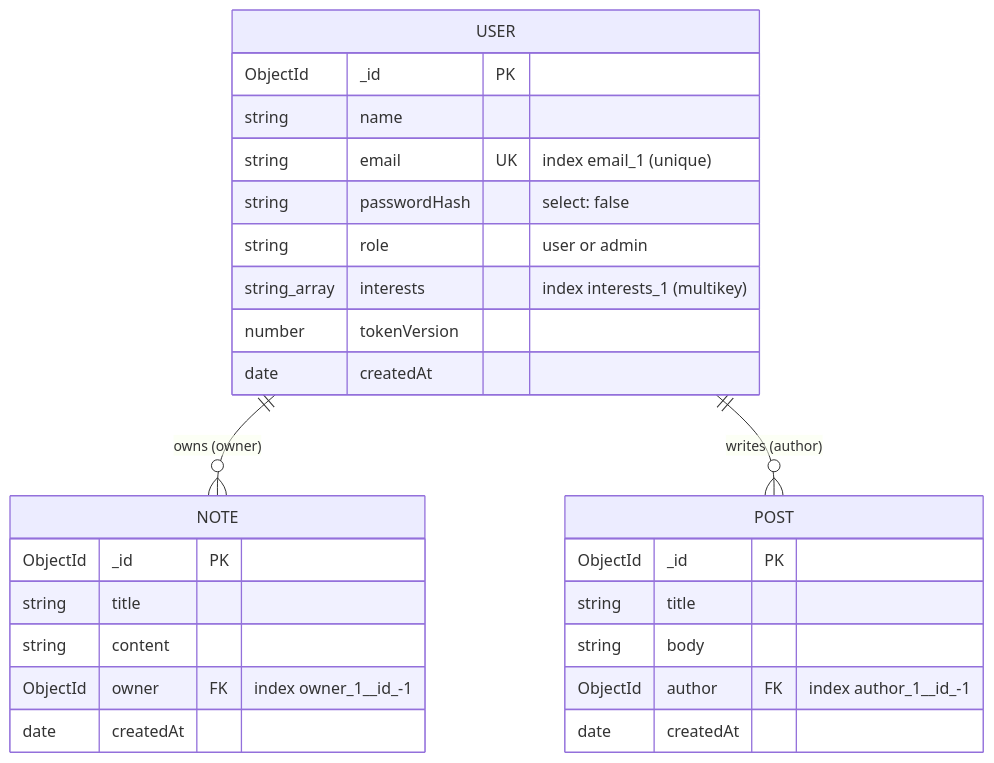
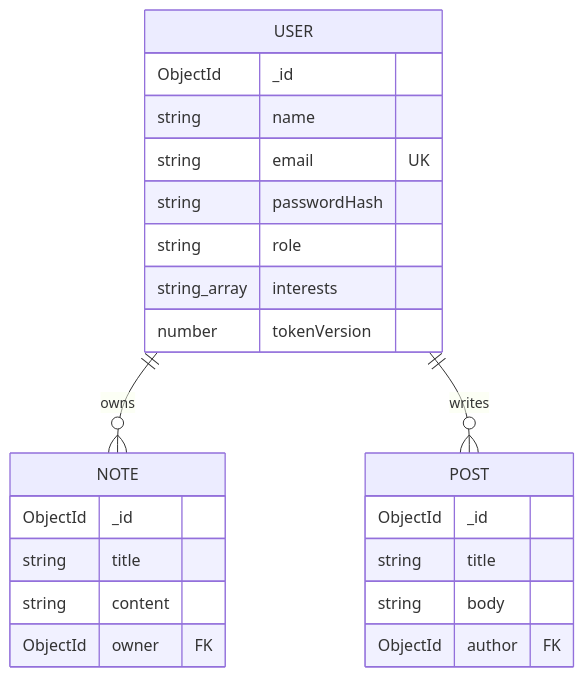
The first of 2 diagrams in docs/feature/milestone-1-foundation/module-2-data-models/overview.md (rimi-1234/note-taking-), drawn with Mermaid before and after one commit. The commit also changed other lines of this file and 16 other files, not shown here.

Commit message:
M1/module-2: User/Note/Post models with exact indexes, sync-indexes, admin and demo seeds

````diff
--- a/docs/feature/milestone-1-foundation/module-2-data-models/overview.md
+++ b/docs/feature/milestone-1-foundation/module-2-data-models/overview.md
@@ -22,29 +28,26 @@
 ```mermaid
 erDiagram
-    USER ||--o{ NOTE : "owns (owner)"
-    USER ||--o{ POST : "writes (author)"
+    USER ||--o{ NOTE : owns
+    USER ||--o{ POST : writes
     USER {
-        ObjectId _id PK
+        ObjectId _id
         string name
-        string email UK "index email_1 (unique)"
-        string passwordHash "select: false"
-        string role "user or admin"
-        string_array interests "index interests_1 (multikey)"
+        string email UK
+        string passwordHash
+        string role
+        string_array interests
         number tokenVersion
-        date createdAt
     }
     NOTE {
-        ObjectId _id PK
+        ObjectId _id
         string title
         string content
-        ObjectId owner FK "index owner_1__id_-1"
-        date createdAt
+        ObjectId owner FK
     }
     POST {
-        ObjectId _id PK
+        ObjectId _id
         string title
         string body
-        ObjectId author FK "index author_1__id_-1"
-        date createdAt
+        ObjectId author FK
     }
 ```
````
